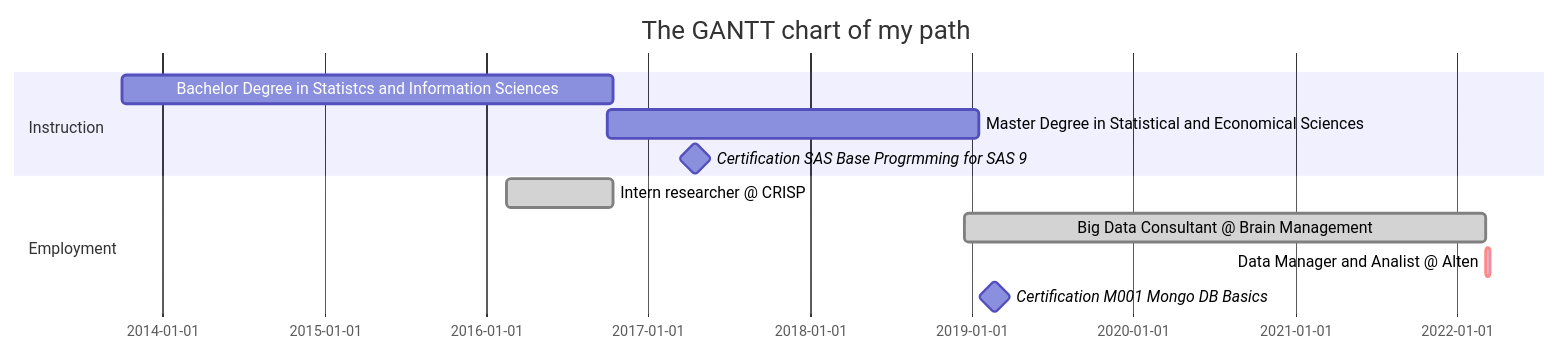
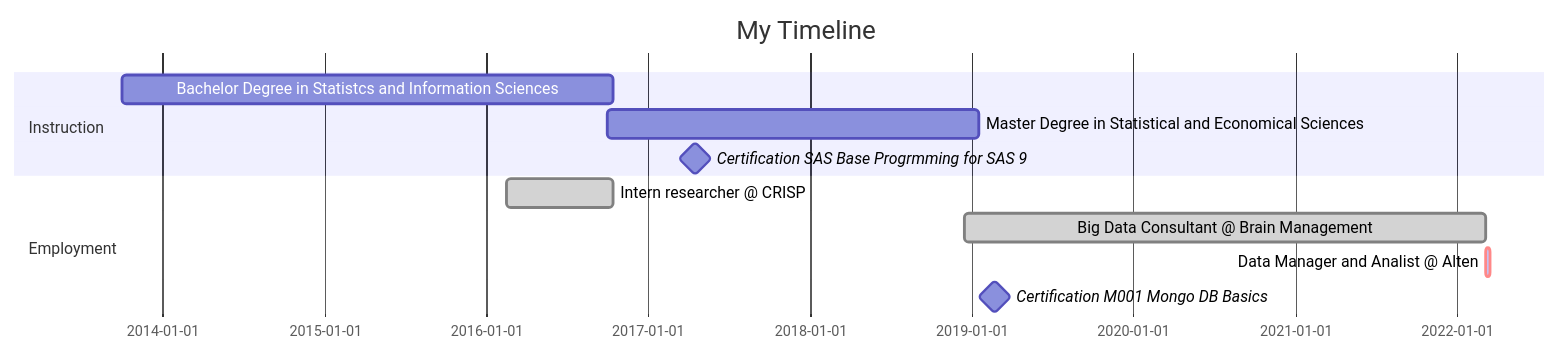
The diagram in About me.md (frenk94/frenk94), drawn with Mermaid before and after one commit. The commit also changed other lines of this file, not shown here.

````diff
--- a/About me.md
+++ b/About me.md
@@ -22,16 +22,16 @@
 ```mermaid
         gantt
         dateFormat  YYYY-MM-DD
-        title The GANTT chart of my path 
+        title My Timeline 
 
         section Instruction
         Bachelor Degree in Statistcs and Information Sciences : des1, 2013-10-01,2016-10-15
         Master Degree in Statistical and Economical Sciences : des2, 2016-10-01,2019-01-17
         Certification SAS Base Progrmming for SAS 9 : milestone, 2017-04-17, 1d
 
         section Employment
         Intern researcher @ CRISP : done, 2016-02-15,2016-10-15
         Big Data Consultant @ Brain Management : done, 2018-12-17,2022-03-06
         Data Manager and Analist @ Alten       : crit, active, 2022-03-07, 10d
         Certification M001 Mongo DB Basics : milestone, 2019-02-21, 1d
 ```
````
